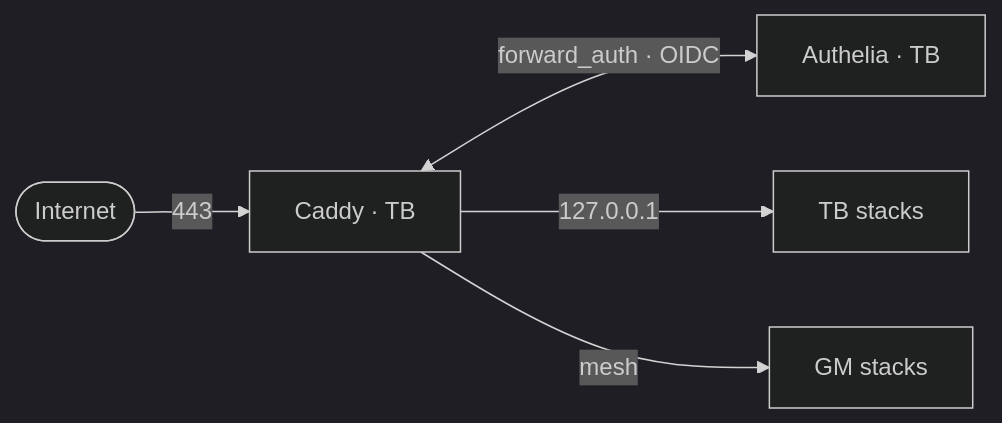
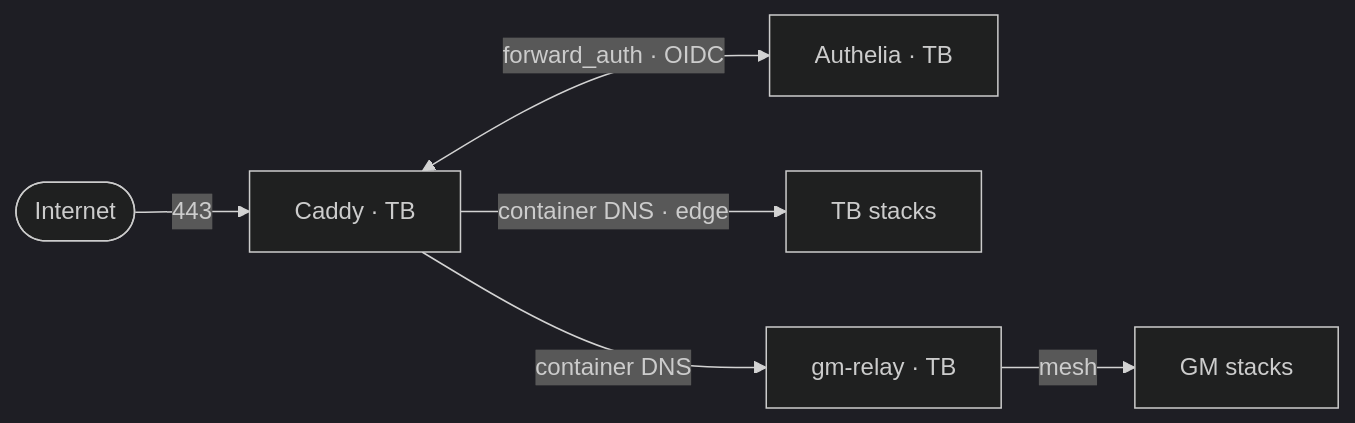
Before and after one commit to siffreinsg/the-sea: the first of 3 diagrams in docs/ARCHI.md, drawn with Mermaid (dark theme). The commit also changed other lines of this file and 6 other files, not shown here.

````diff
--- a/docs/ARCHI.md
+++ b/docs/ARCHI.md
@@ -8,7 +8,8 @@
 ```mermaid
 flowchart LR
   user([Internet]) -->|443| caddy[Caddy · TB]
   caddy <-->|forward_auth · OIDC| authelia[Authelia · TB]
-  caddy -->|127.0.0.1| tb[TB stacks]
-  caddy -->|mesh| gm[GM stacks]
+  caddy -->|container DNS · edge| tb[TB stacks]
+  caddy -->|container DNS| gm_relay[gm-relay · TB]
+  gm_relay -->|mesh| gm[GM stacks]
 ```
````
